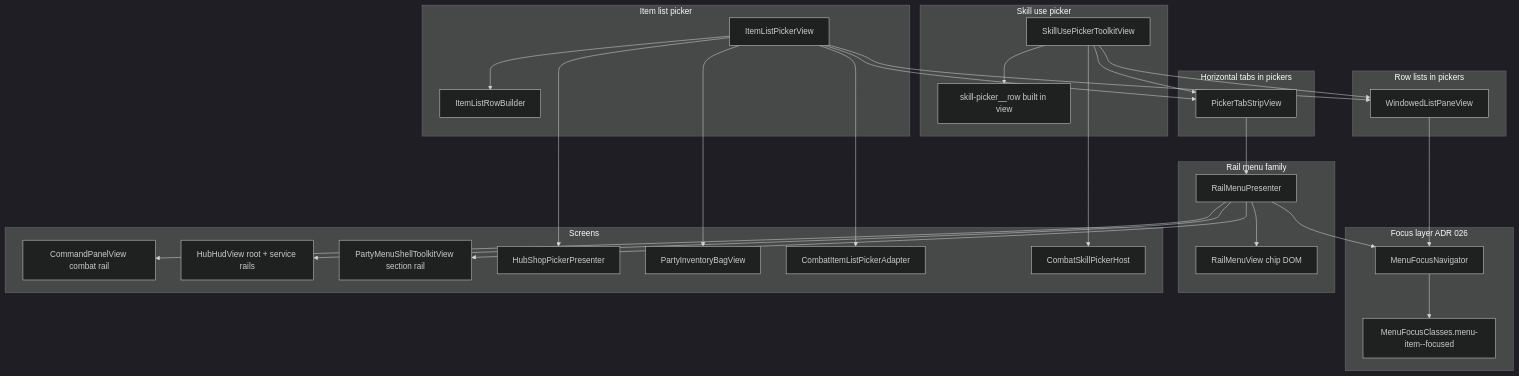
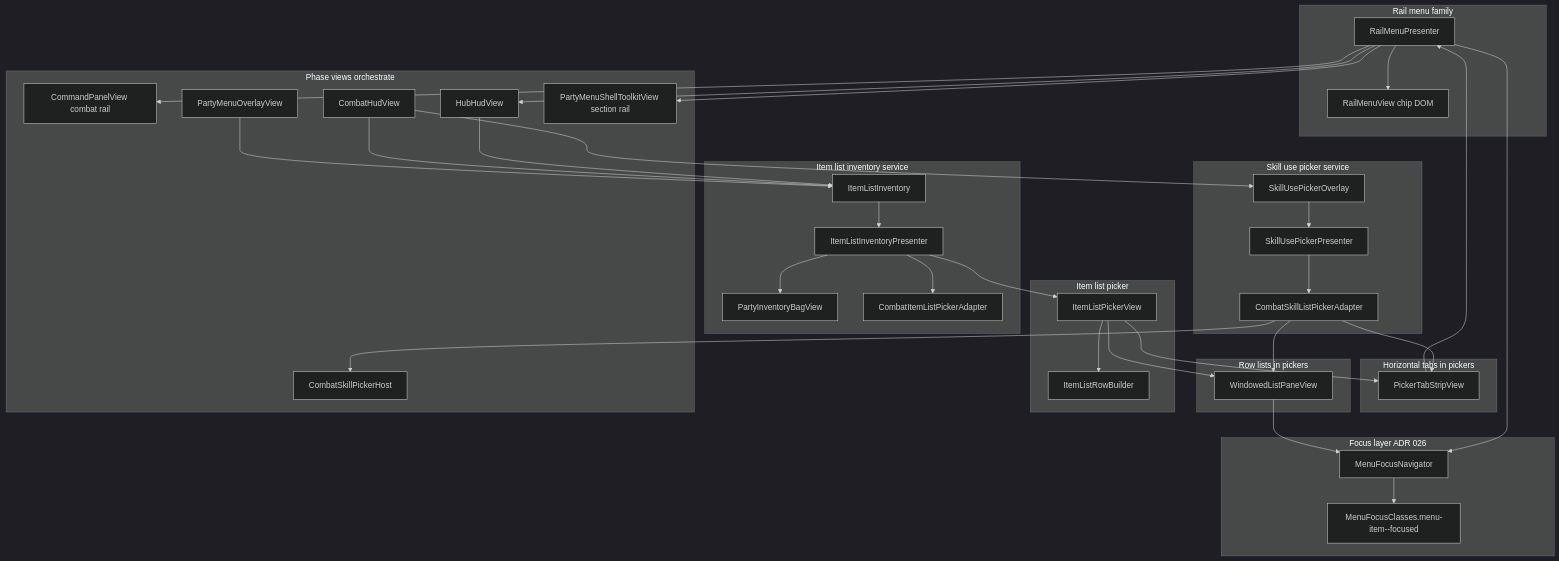
One commit to miramocha/griddungeon-design-docs changed the first of 7 diagrams in docs/04-dev/shared-menu-picker-ui.md. Above: the diagram before and after it, drawn with Mermaid (dark theme). The commit also changed other lines of this file and 1 other file, not shown here.

````diff
--- a/docs/04-dev/shared-menu-picker-ui.md
+++ b/docs/04-dev/shared-menu-picker-ui.md
@@ -25,58 +25,70 @@
 ```mermaid
 flowchart TB
   subgraph focus [Focus layer ADR 026]
     MFN[MenuFocusNavigator]
     MFC[MenuFocusClasses.menu-item--focused]
     MFN --> MFC
   end
 
   subgraph rail [Rail menu family]
     RMP[RailMenuPresenter]
     RMV[RailMenuView chip DOM]
     RMP --> RMV
     RMP --> MFN
   end
 
   subgraph tabs [Horizontal tabs in pickers]
     PTS[PickerTabStripView]
     PTS --> RMP
   end
 
   subgraph lists [Row lists in pickers]
     WLP[WindowedListPaneView]
     WLP --> MFN
   end
 
   subgraph itemPicker [Item list picker]
     ILP[ItemListPickerView]
     ILRB[ItemListRowBuilder]
     ILP --> PTS
     ILP --> WLP
     ILP --> ILRB
   end
 
-  subgraph skillPicker [Skill use picker]
-    SUP[SkillUsePickerToolkitView]
-    SUP --> PTS
-    SUP --> WLP
-    SUP --> skillRows[skill-picker__row built in view]
+  subgraph skillPicker [Skill use picker service]
+    SUO[SkillUsePickerOverlay]
+    SPP[SkillUsePickerPresenter]
+    CSAD[CombatSkillListPickerAdapter]
+    SUO --> SPP
+    SPP --> CSAD
+    CSAD --> PTS
+    CSAD --> WLP
   end
 
-  subgraph consumers [Screens]
+  subgraph inventorySvc [Item list inventory service]
+    ILI[ItemListInventory]
+    IIP[ItemListInventoryPresenter]
+    ILI --> IIP
+    IIP --> ILP
+    IIP --> BAG[PartyInventoryBagView]
+    IIP --> CITEM[CombatItemListPickerAdapter]
+  end
+
+  subgraph consumers [Phase views orchestrate]
     CMD[CommandPanelView combat rail]
-    HUB[HubHudView root + service rails]
+    HUB[HubHudView]
+    CHV[CombatHudView]
+    PMO[PartyMenuOverlayView]
     PARTY[PartyMenuShellToolkitView section rail]
-    SHOP[HubShopPickerPresenter]
-    BAG[PartyInventoryBagView]
-    CITEM[CombatItemListPickerAdapter]
     CSKILL[CombatSkillPickerHost]
   end
 
   RMP --> CMD
   RMP --> HUB
   RMP --> PARTY
-  ILP --> SHOP
-  ILP --> BAG
-  ILP --> CITEM
-  SUP --> CSKILL
+  HUB --> ILI
+  CHV --> SUO
+  CHV --> ILI
+  PMO --> ILI
+  CSAD --> CSKILL
 ```
````
